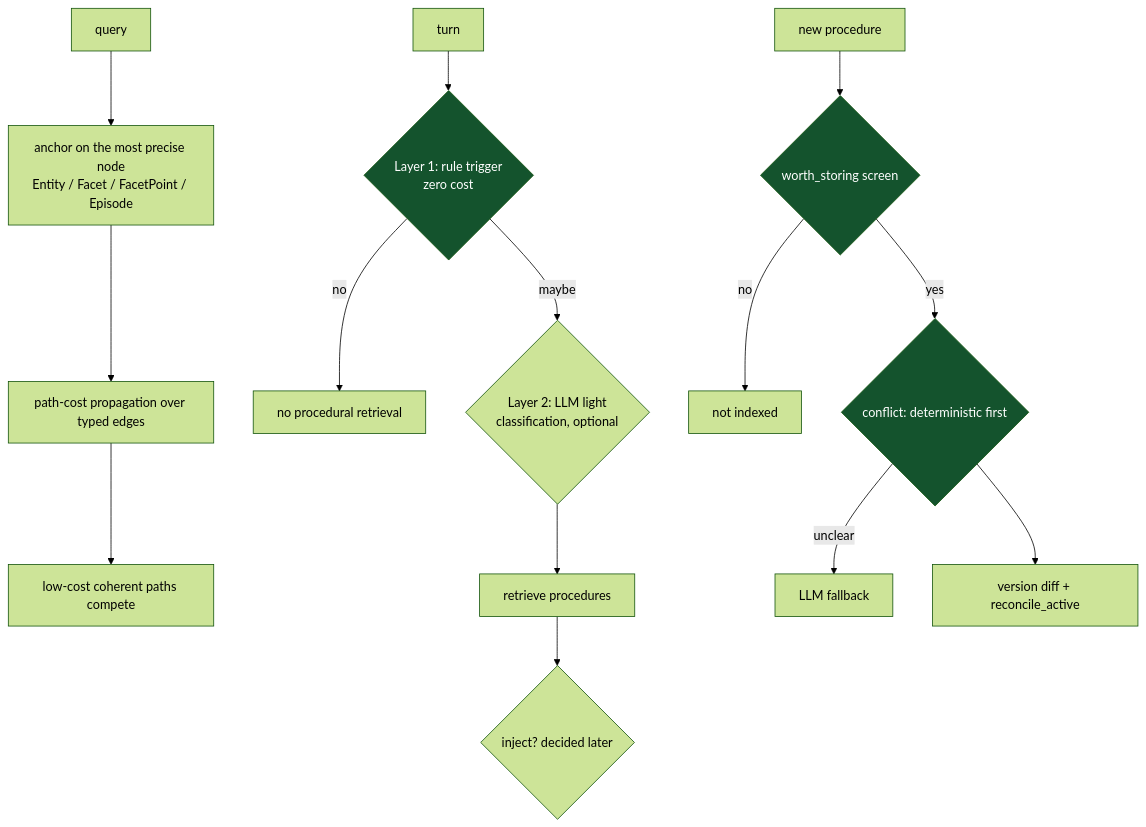
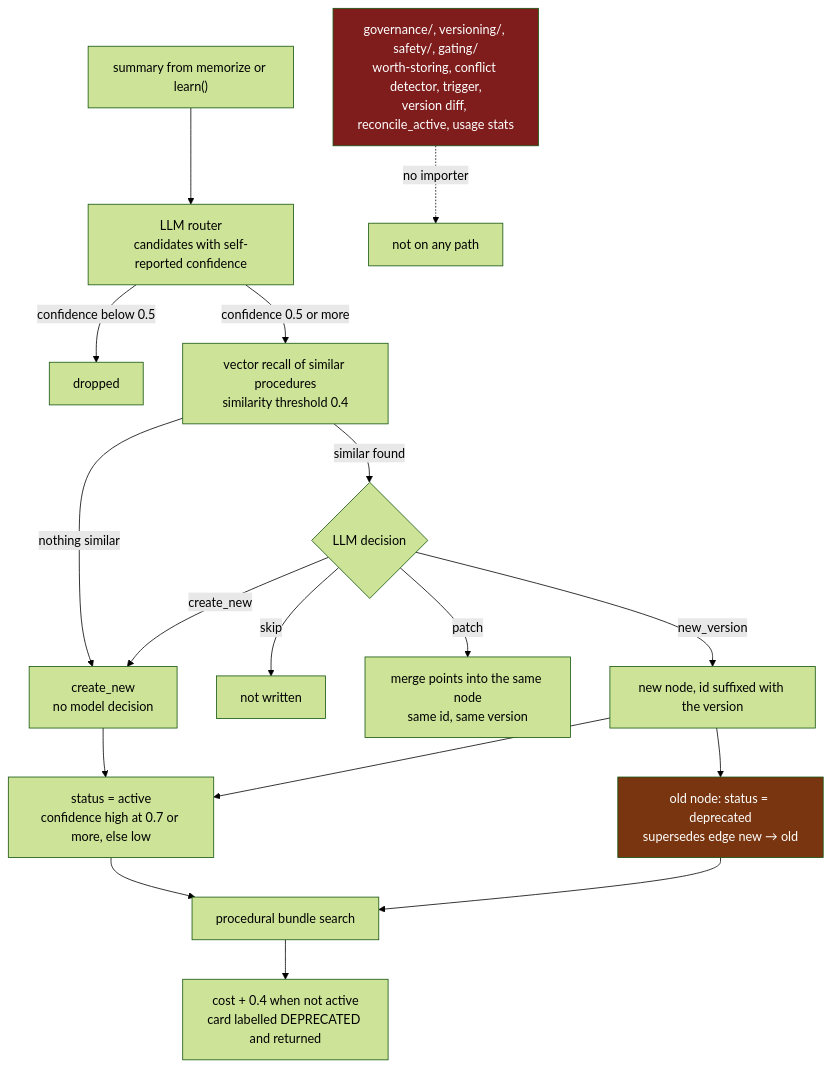
The diagram in content/systems/m-flow.md (neoneye/agent-memory-atlas), drawn with Mermaid (forest theme) before and after one commit. The commit also changed other lines of this file and 16 other files, not shown here.

Commit message:
Audit M-flow at the unchanged pin: its governance, versioning, safety and gating packages are imported by nothing

````diff
--- a/content/systems/m-flow.md
+++ b/content/systems/m-flow.md
@@ -115,20 +143,22 @@
 ```mermaid
-%% caption: three deterministic gates before any model call — a zero-cost rule trigger, a worth-storing screen, and conflict detection that tries deterministic rules before falling back to an LLM
+%% caption: the procedural lifecycle as the code runs it — a model router and a model merge decision with one vector-recall short-circuit between them, a new version that deprecates the old node, and a deprecated version that retrieval returns at a 0.4 cost penalty; the governance package beside it has no importer
 flowchart TD
-    Q["query"] --> A["anchor on the most precise node<br/>Entity / Facet / FacetPoint / Episode"]
-    A --> P["path-cost propagation over typed edges"]
-    P --> R["low-cost coherent paths compete"]
-    T["turn"] --> G1{"Layer 1: rule trigger<br/>zero cost"}
-    G1 -->|"no"| STOP["no procedural retrieval"]
-    G1 -->|"maybe"| G2{"Layer 2: LLM light<br/>classification, optional"}
-    G2 --> RET["retrieve procedures"]
-    RET --> INJ{"inject? decided later"}
-    W["new procedure"] --> WS{"worth_storing screen"}
-    WS -->|"no"| DROP["not indexed"]
-    WS -->|"yes"| CD{"conflict: deterministic first"}
-    CD -->|"unclear"| LLM["LLM fallback"]
-    CD --> V["version diff + reconcile_active"]
-    style G1 fill:#14532d,color:#fff
-    style CD fill:#14532d,color:#fff
-    style WS fill:#14532d,color:#fff
+    S["summary from memorize or learn()"] --> R["LLM router<br/>candidates with self-reported confidence"]
+    R -->|"confidence below 0.5"| X1["dropped"]
+    R -->|"confidence 0.5 or more"| V["vector recall of similar procedures<br/>similarity threshold 0.4"]
+    V -->|"nothing similar"| CN["create_new<br/>no model decision"]
+    V -->|"similar found"| D{"LLM decision"}
+    D -->|"skip"| X2["not written"]
+    D -->|"create_new"| CN
+    D -->|"patch"| P["merge points into the same node<br/>same id, same version"]
+    D -->|"new_version"| NV["new node, id suffixed with the version"]
+    NV --> DEP["old node: status = deprecated<br/>supersedes edge new → old"]
+    CN --> ACT["status = active<br/>confidence high at 0.7 or more, else low"]
+    NV --> ACT
+    ACT --> Q["procedural bundle search"]
+    DEP --> Q
+    Q --> RANK["cost + 0.4 when not active<br/>card labelled DEPRECATED and returned"]
+    G["governance/, versioning/, safety/, gating/<br/>worth-storing, conflict detector, trigger,<br/>version diff, reconcile_active, usage stats"] -.->|"no importer"| X3["not on any path"]
+    style G fill:#7f1d1d,color:#fff
+    style DEP fill:#78350f,color:#fff
 ```
````
